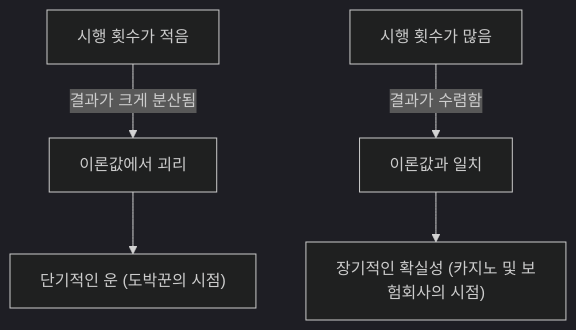
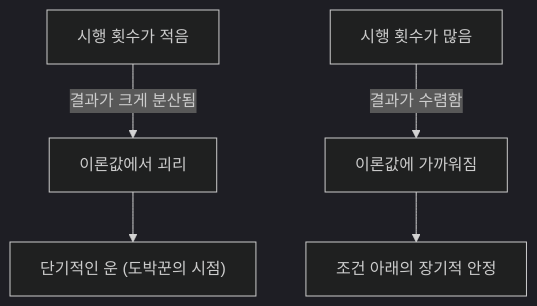
One commit to kenjinote/blog changed the first of 2 diagrams in content/post/law-of-large-numbers/index.ko.md. Above: the diagram before and after it, drawn with Mermaid (dark theme). The commit also changed other lines of this file and 12 other files, not shown here.

````diff
--- a/content/post/law-of-large-numbers/index.ko.md
+++ b/content/post/law-of-large-numbers/index.ko.md
@@ -30,7 +30,7 @@
 ```mermaid
 graph TD
     A["시행 횟수가 적음"] -->|"결과가 크게 분산됨"| B["이론값에서 괴리"]
-    C["시행 횟수가 많음"] -->|"결과가 수렴함"| D["이론값과 일치"]
+    C["시행 횟수가 많음"] -->|"결과가 수렴함"| D["이론값에 가까워짐"]
     B --> E["단기적인 운 (도박꾼의 시점)"]
-    D --> F["장기적인 확실성 (카지노 및 보험회사의 시점)"]
+    D --> F["조건 아래의 장기적 안정"]
 ```
````
